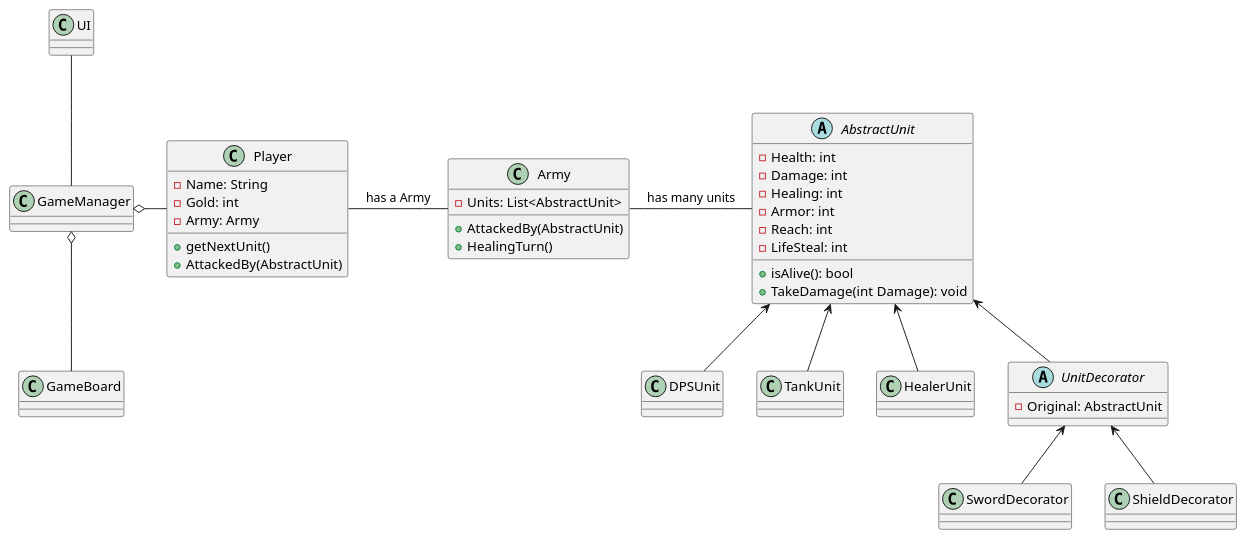
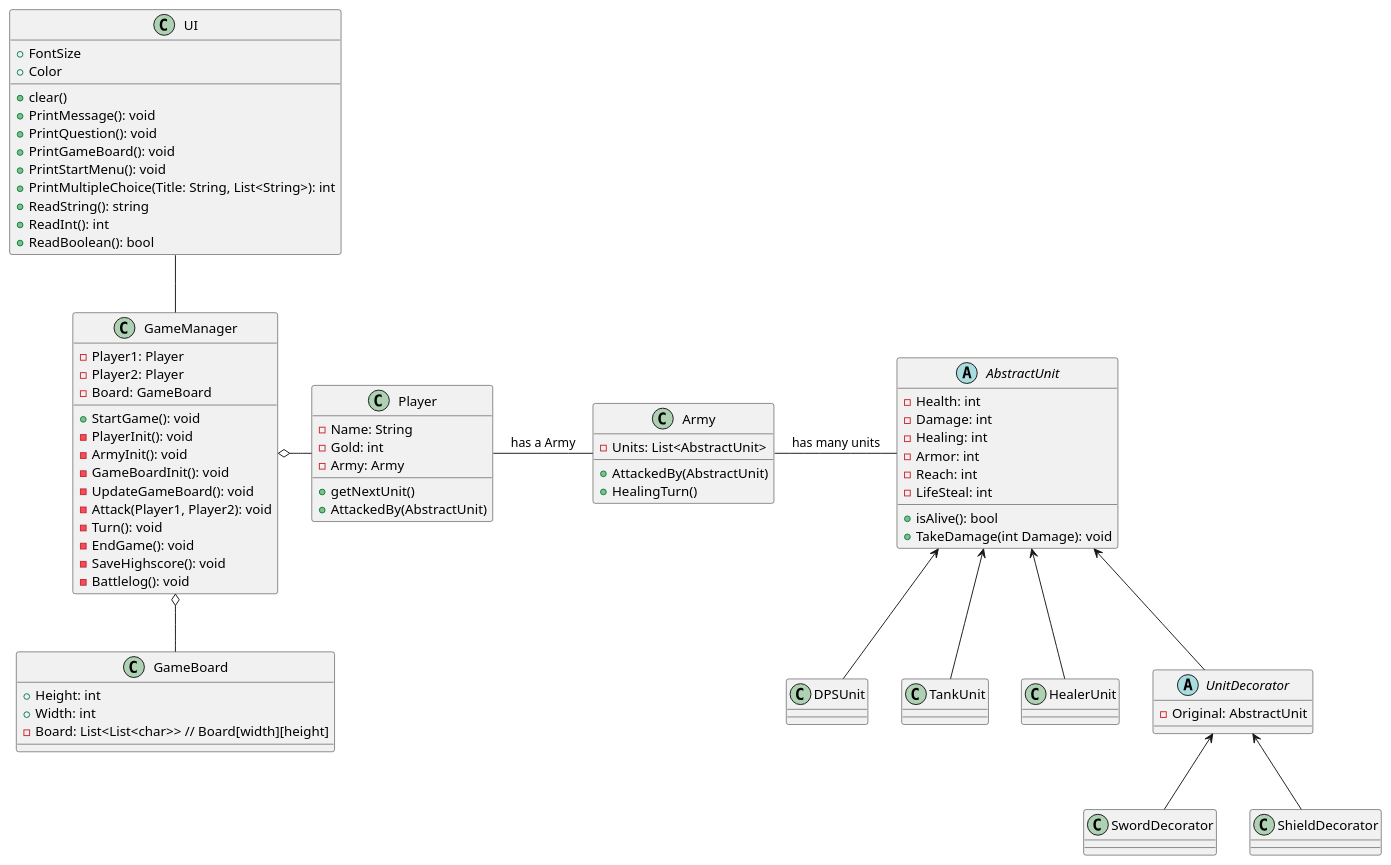
The diagram in SoftwareDesignEksamen/Eksamen.puml (Fargekritt/SoftwareDesignEksamen), drawn with PlantUML before and after one commit.

Commit message:
Updated UML

```diff
--- a/SoftwareDesignEksamen/Eksamen.puml
+++ b/SoftwareDesignEksamen/Eksamen.puml
@@ -1,53 +1,84 @@
 @startuml
 'https://plantuml.com/class-diagram
-class UI
-class GameManager
-class GameBoard
+class UI{
++ FontSize
++ Color
++ clear()
++ PrintMessage(): void
++ PrintQuestion(): void
++ PrintGameBoard(): void
++ PrintStartMenu(): void
++ PrintMultipleChoice(Title: String, List<String>): int
++ ReadString(): string
++ ReadInt(): int
++ ReadBoolean(): bool
+}
+class GameManager{
+- Player1: Player
+- Player2: Player
+- Board: GameBoard 
++ StartGame(): void
+- PlayerInit(): void
+- ArmyInit(): void
+- GameBoardInit(): void
+- UpdateGameBoard(): void
+- Attack(Player1, Player2): void
+- Turn(): void
+- EndGame(): void
+- SaveHighscore(): void
+- Battlelog(): void
+}
+class GameBoard{
++ Height: int
++ Width: int
+- Board: List<List<char>> // Board[width][height]
+}
+
 
 class Army {
 - Units: List<AbstractUnit>
 + AttackedBy(AbstractUnit)
 + HealingTurn()
 }
 class Player{
 - Name: String
 - Gold: int
 - Army: Army
 + getNextUnit()
 + AttackedBy(AbstractUnit)
 }
 
 abstract class AbstractUnit{
 - Health: int
 - Damage: int
 - Healing: int
 - Armor: int
 - Reach: int
 - LifeSteal: int
 + isAlive(): bool
 + TakeDamage(int Damage): void
 }
 class DPSUnit
 class TankUnit
 class HealerUnit
 abstract class UnitDecorator{
 - Original: AbstractUnit
 }
 class SwordDecorator
 class ShieldDecorator
 
 UI -- GameManager
 GameManager o- Player
 GameManager o-- GameBoard
 Player - Army : has a Army
 Army - AbstractUnit : has many units
 AbstractUnit <-- DPSUnit
 AbstractUnit <-- TankUnit
 AbstractUnit <-- HealerUnit
 AbstractUnit <-- UnitDecorator
 UnitDecorator <-- ShieldDecorator
 UnitDecorator <-- SwordDecorator
 
 
 
 @enduml
```
